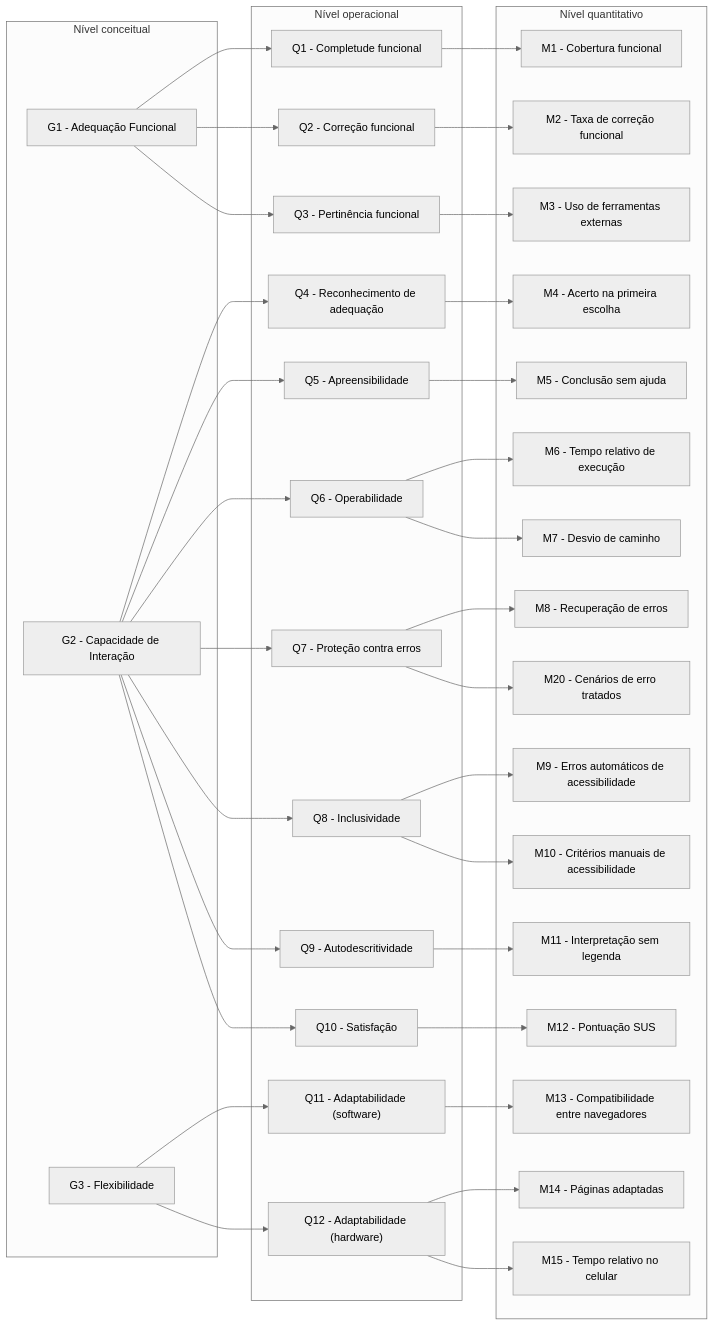
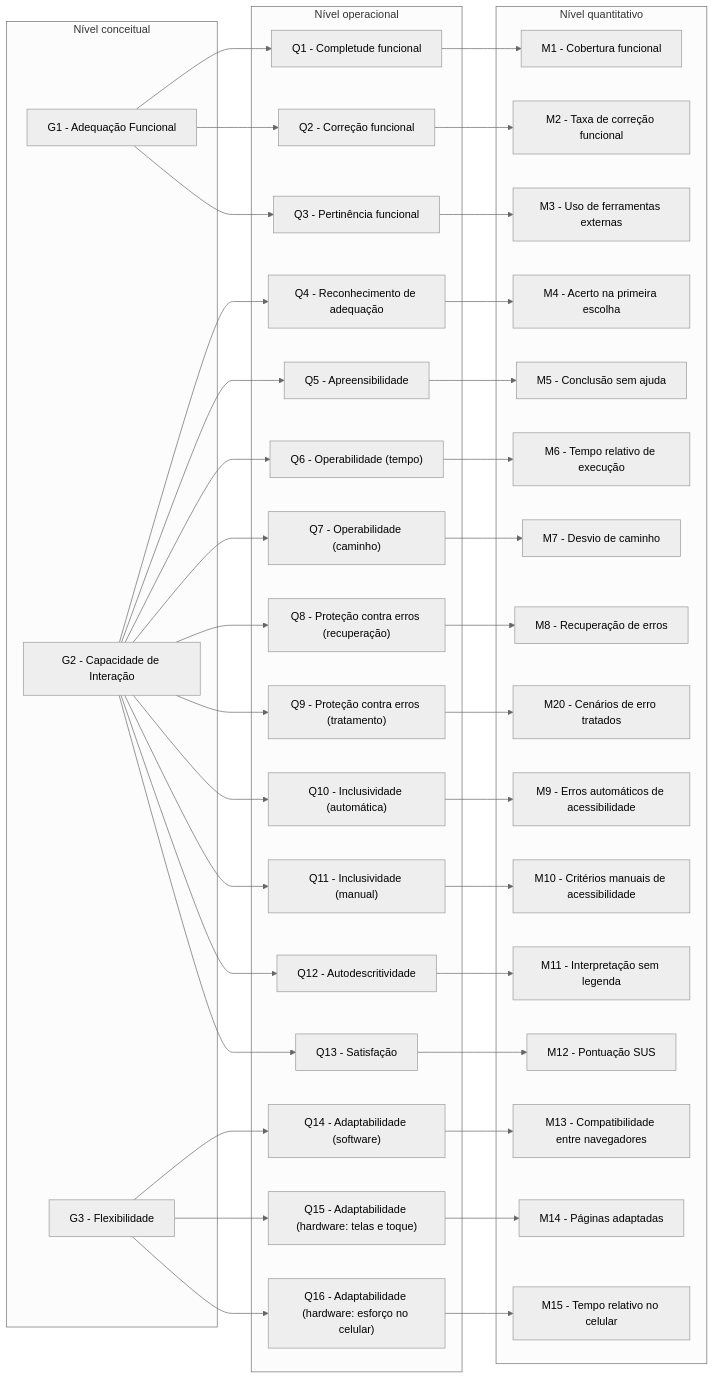
The first of 4 diagrams in docs/fase-2/grafico-gqm.md (FCTE-Qualidade-de-Software-1/2026-2_T02_ADELE_GOLDSTINE), drawn with Mermaid (neutral theme) before and after one commit. The commit also changed other lines of this file, not shown here.

First line of the commit message:
[D09] Refaz os diagramas GQM com a relação 1:1

````diff
--- a/docs/fase-2/grafico-gqm.md
+++ b/docs/fase-2/grafico-gqm.md
@@ -9,55 +9,63 @@
 ```mermaid
 flowchart LR
     subgraph C["Nível conceitual"]
         G1["G1 - Adequação Funcional"]
         G2["G2 - Capacidade de Interação"]
         G3["G3 - Flexibilidade"]
     end
     subgraph O["Nível operacional"]
         Q1["Q1 - Completude funcional"]
         Q2["Q2 - Correção funcional"]
         Q3["Q3 - Pertinência funcional"]
         Q4["Q4 - Reconhecimento de adequação"]
         Q5["Q5 - Apreensibilidade"]
-        Q6["Q6 - Operabilidade"]
-        Q7["Q7 - Proteção contra erros"]
-        Q8["Q8 - Inclusividade"]
-        Q9["Q9 - Autodescritividade"]
-        Q10["Q10 - Satisfação"]
-        Q11["Q11 - Adaptabilidade (software)"]
-        Q12["Q12 - Adaptabilidade (hardware)"]
+        Q6["Q6 - Operabilidade (tempo)"]
+        Q7["Q7 - Operabilidade (caminho)"]
+        Q8["Q8 - Proteção contra erros (recuperação)"]
+        Q9["Q9 - Proteção contra erros (tratamento)"]
+        Q10["Q10 - Inclusividade (automática)"]
+        Q11["Q11 - Inclusividade (manual)"]
+        Q12["Q12 - Autodescritividade"]
+        Q13["Q13 - Satisfação"]
+        Q14["Q14 - Adaptabilidade (software)"]
+        Q15["Q15 - Adaptabilidade (hardware: telas e toque)"]
+        Q16["Q16 - Adaptabilidade (hardware: esforço no celular)"]
     end
     subgraph Qt["Nível quantitativo"]
         M1["M1 - Cobertura funcional"]
         M2["M2 - Taxa de correção funcional"]
         M3["M3 - Uso de ferramentas externas"]
         M4["M4 - Acerto na primeira escolha"]
         M5["M5 - Conclusão sem ajuda"]
         M6["M6 - Tempo relativo de execução"]
         M7["M7 - Desvio de caminho"]
         M8["M8 - Recuperação de erros"]
+        M20["M20 - Cenários de erro tratados"]
         M9["M9 - Erros automáticos de acessibilidade"]
         M10["M10 - Critérios manuais de acessibilidade"]
         M11["M11 - Interpretação sem legenda"]
         M12["M12 - Pontuação SUS"]
         M13["M13 - Compatibilidade entre navegadores"]
         M14["M14 - Páginas adaptadas"]
         M15["M15 - Tempo relativo no celular"]
-        M20["M20 - Cenários de erro tratados"]
     end
     G1 --> Q1 & Q2 & Q3
-    G2 --> Q4 & Q5 & Q6 & Q7 & Q8 & Q9 & Q10
-    G3 --> Q11 & Q12
+    G2 --> Q4 & Q5 & Q6 & Q7 & Q8 & Q9 & Q10 & Q11 & Q12 & Q13
+    G3 --> Q14 & Q15 & Q16
     Q1 --> M1
     Q2 --> M2
     Q3 --> M3
     Q4 --> M4
     Q5 --> M5
-    Q6 --> M6 & M7
-    Q7 --> M8 & M20
-    Q8 --> M9 & M10
-    Q9 --> M11
-    Q10 --> M12
-    Q11 --> M13
-    Q12 --> M14 & M15
+    Q6 --> M6
+    Q7 --> M7
+    Q8 --> M8
+    Q9 --> M20
+    Q10 --> M9
+    Q11 --> M10
+    Q12 --> M11
+    Q13 --> M12
+    Q14 --> M13
+    Q15 --> M14
+    Q16 --> M15
 ```
````
